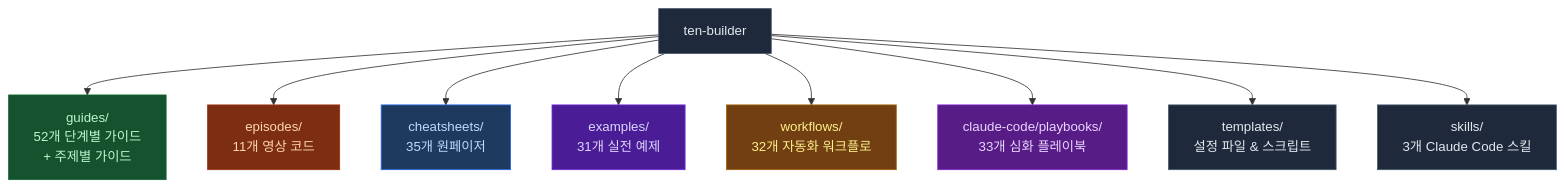
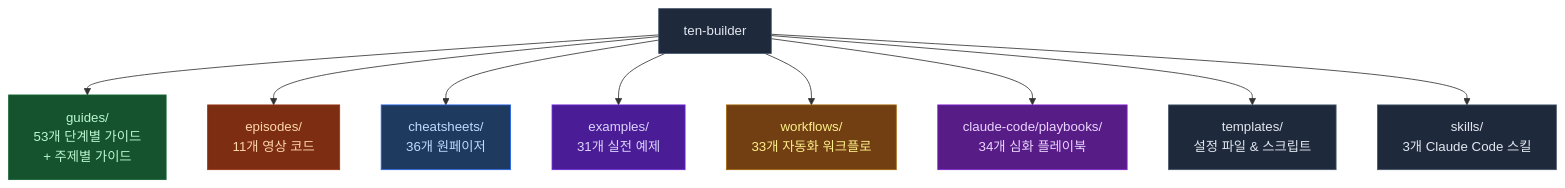
One commit to hursm/ten-builder changed the first of 2 diagrams in README.md. Above: the diagram before and after it, drawn with Mermaid. The commit also changed other lines of this file, not shown here.

Commit message:
docs: README sync -- add guide 53, playbook 40, performance profiling, A2A cheatsheet (#190)
* docs: README sync -- add playbook 40 intent-based task decomposition

* docs: add ai-performance-profiling workflow to README

* docs: add A2A+MCP cheatsheet to README, update count to 36

* docs: add guide 53 to README, update guide count to 53

````diff
--- a/README.md
+++ b/README.md
@@ -23,21 +23,21 @@
 ```mermaid
 flowchart TD
-    R["ten-builder"] --> G["guides/\n52개 단계별 가이드\n+ 주제별 가이드"]
+    R["ten-builder"] --> G["guides/\n53개 단계별 가이드\n+ 주제별 가이드"]
     R --> E["episodes/\n11개 영상 코드"]
-    R --> C["cheatsheets/\n35개 원페이저"]
+    R --> C["cheatsheets/\n36개 원페이저"]
     R --> EX["examples/\n31개 실전 예제"]
-    R --> W["workflows/\n32개 자동화 워크플로"]
-    R --> P["claude-code/playbooks/\n33개 심화 플레이북"]
+    R --> W["workflows/\n33개 자동화 워크플로"]
+    R --> P["claude-code/playbooks/\n34개 심화 플레이북"]
     R --> T["templates/\n설정 파일 & 스크립트"]
     R --> S["skills/\n3개 Claude Code 스킬"]
 
     style R fill:#1e293b,stroke:#475569,color:#e2e8f0
     style G fill:#14532d,stroke:#166534,color:#bbf7d0
     style E fill:#7c2d12,stroke:#9a3412,color:#fed7aa
     style C fill:#1e3a5f,stroke:#2563eb,color:#bfdbfe
     style EX fill:#4a1d96,stroke:#6d28d9,color:#ddd6fe
     style W fill:#713f12,stroke:#a16207,color:#fef08a
     style P fill:#581c87,stroke:#7e22ce,color:#e9d5ff
     style T fill:#1e293b,stroke:#475569,color:#e2e8f0
     style S fill:#1e293b,stroke:#475569,color:#e2e8f0
 ```
````
